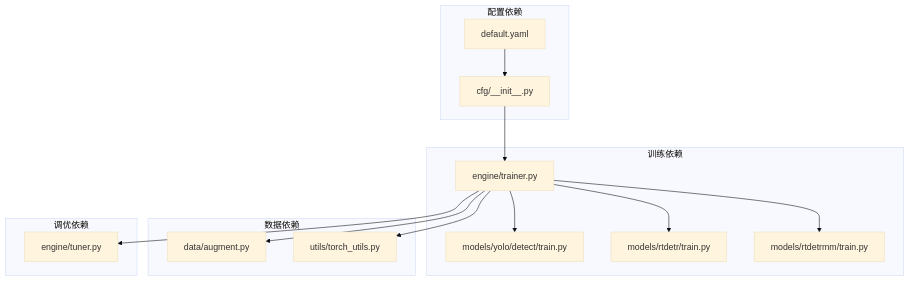
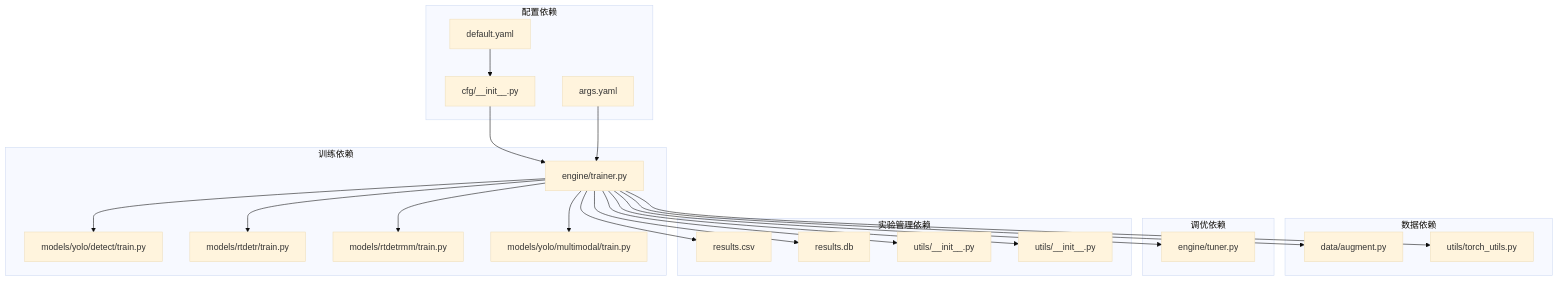
Before and after one commit to 2208754827/MM-IMPROVE: diagram 11 of 11 in .qoder/repowiki/zh/content/模型配置与管理/训练配置管理/训练配置管理.md, drawn with Mermaid (base theme). The commit also changed other lines of this file and 1211 other files, not shown here.

````diff
--- a/.qoder/repowiki/zh/content/模型配置与管理/训练配置管理/训练配置管理.md
+++ b/.qoder/repowiki/zh/content/模型配置与管理/训练配置管理/训练配置管理.md
@@ -483,28 +612,42 @@
 ```mermaid
 graph TB
 subgraph "配置依赖"
 DEFAULT_YAML[default.yaml]
 CFG_INIT[cfg/__init__.py]
+END_TEST[args.yaml]
 end
 subgraph "训练依赖"
 BASE_TRAINER[engine/trainer.py]
 DETECT_TRAIN[models/yolo/detect/train.py]
 RTDETR_TRAIN[models/rtdetr/train.py]
 RTDETRMM_TRAIN[models/rtdetrmm/train.py]
+YOLO_MM_TRAIN[models/yolo/multimodal/train.py]
 end
 subgraph "数据依赖"
 AUGMENT[data/augment.py]
 TORCH_UTILS[utils/torch_utils.py]
 end
 subgraph "调优依赖"
 TUNER[engine/tuner.py]
 end
+subgraph "实验管理依赖"
+RESULTS_CSV[results.csv]
+RESULTS_SQL[results.db]
+RESULTS_HTML[utils/__init__.py]
+RESULTS_JSON[utils/__init__.py]
+end
 DEFAULT_YAML --> CFG_INIT
 CFG_INIT --> BASE_TRAINER
 BASE_TRAINER --> DETECT_TRAIN
 BASE_TRAINER --> RTDETR_TRAIN
 BASE_TRAINER --> RTDETRMM_TRAIN
+BASE_TRAINER --> YOLO_MM_TRAIN
 BASE_TRAINER --> AUGMENT
 BASE_TRAINER --> TORCH_UTILS
 BASE_TRAINER --> TUNER
+BASE_TRAINER --> RESULTS_CSV
+BASE_TRAINER --> RESULTS_SQL
+BASE_TRAINER --> RESULTS_HTML
+BASE_TRAINER --> RESULTS_JSON
+END_TEST --> BASE_TRAINER
 ```
````
